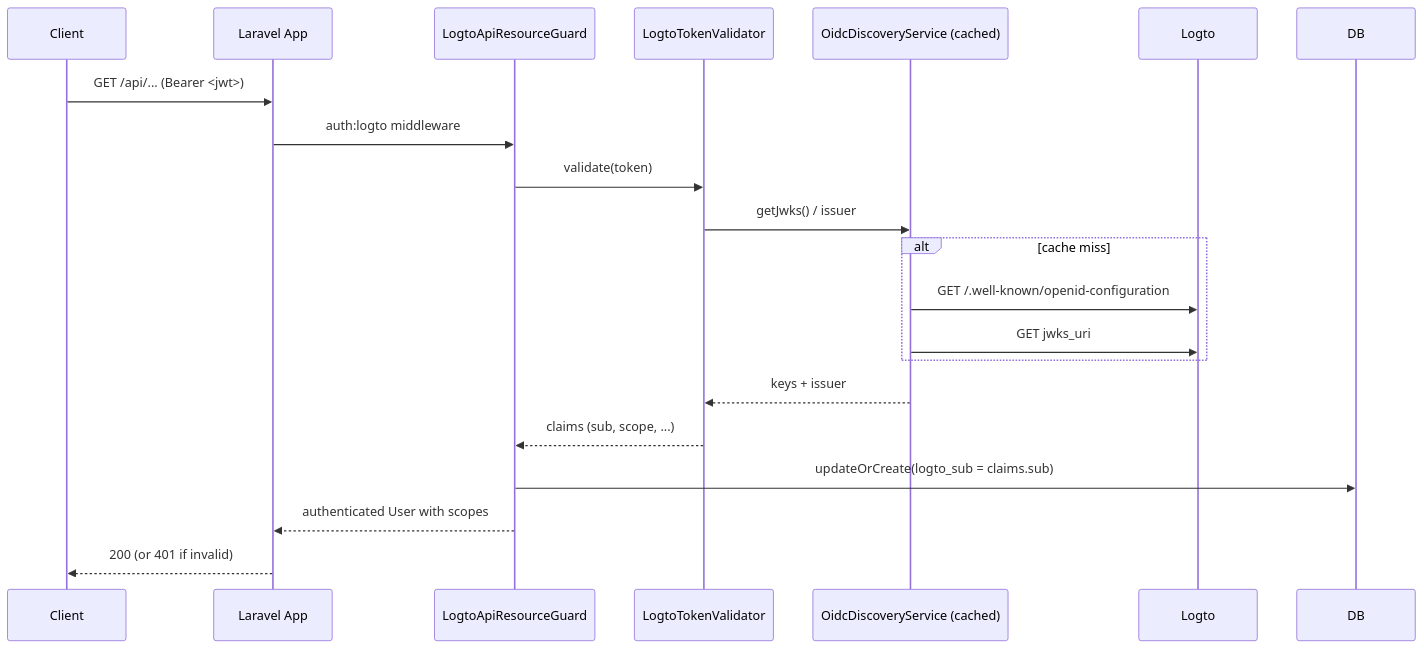
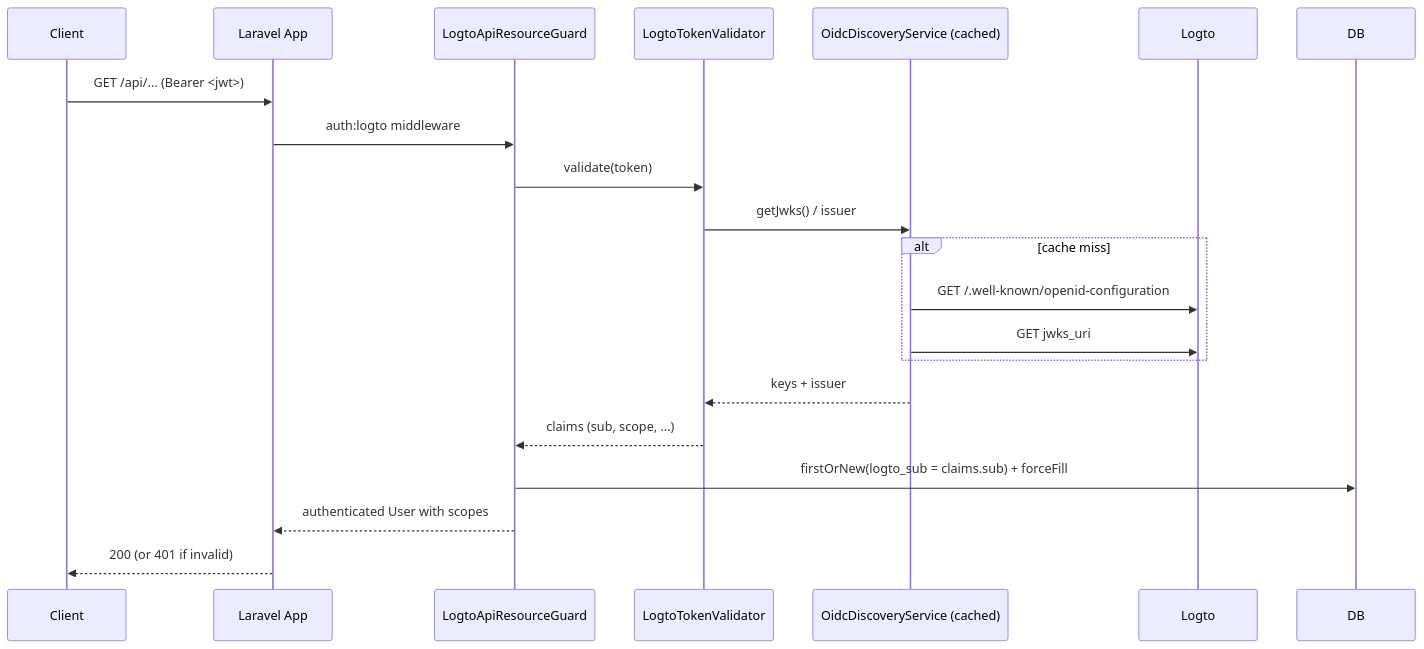
Before and after one commit to ratespecial/logto-laravel: the second of 3 diagrams in README.md, drawn with Mermaid. The commit also changed other lines of this file and 2 other files, not shown here.

````diff
--- a/README.md
+++ b/README.md
@@ -127,24 +127,24 @@
 ```mermaid
 sequenceDiagram
     participant Client
     participant App as Laravel App
     participant Guard as LogtoApiResourceGuard
     participant Validator as LogtoTokenValidator
     participant Discovery as OidcDiscoveryService (cached)
     participant Logto
     participant DB
 
     Client->>App: GET /api/... (Bearer <jwt>)
     App->>Guard: auth:logto middleware
     Guard->>Validator: validate(token)
     Validator->>Discovery: getJwks() / issuer
     alt cache miss
         Discovery->>Logto: GET /.well-known/openid-configuration
         Discovery->>Logto: GET jwks_uri
     end
     Discovery-->>Validator: keys + issuer
     Validator-->>Guard: claims (sub, scope, ...)
-    Guard->>DB: updateOrCreate(logto_sub = claims.sub)
+    Guard->>DB: firstOrNew(logto_sub = claims.sub) + forceFill
     Guard-->>App: authenticated User with scopes
     App-->>Client: 200 (or 401 if invalid)
 ```
````
